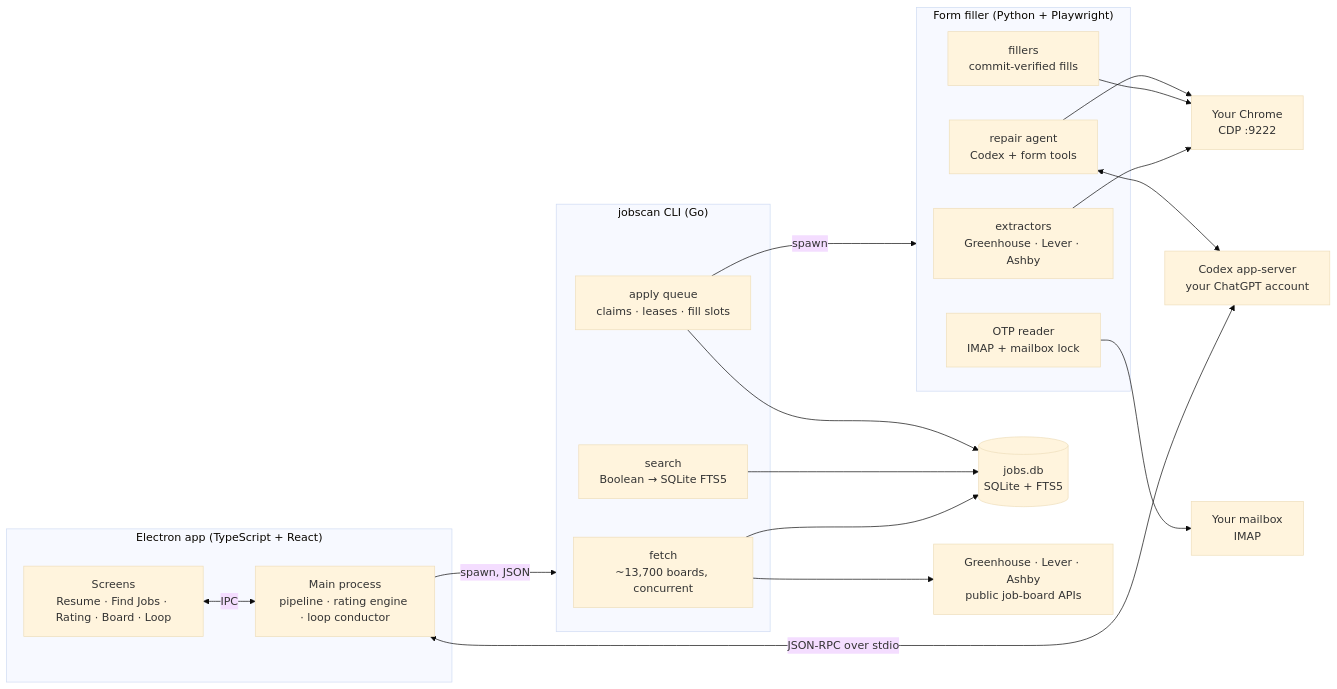
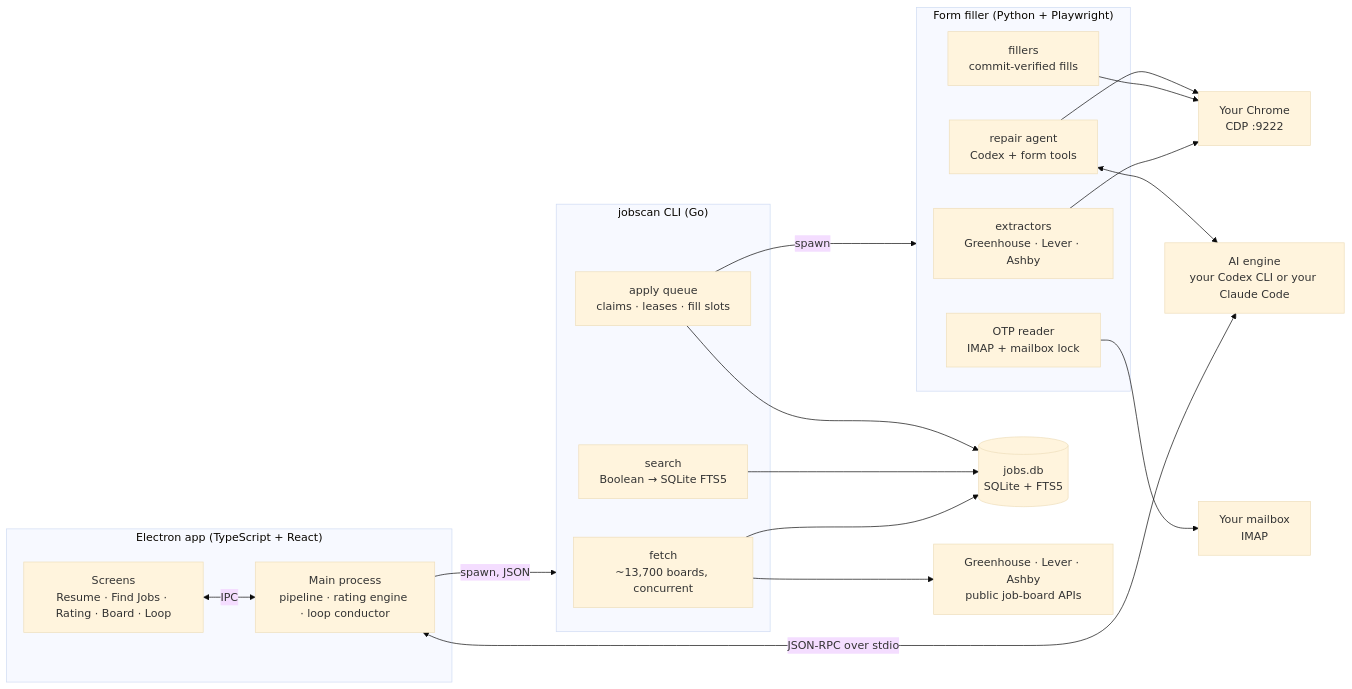
The first of 5 diagrams in README.md (tarunmovva/JobScanAI), drawn with Mermaid (base theme) before and after one commit. The commit also changed other lines of this file and 26 other files, not shown here.

````diff
--- a/README.md
+++ b/README.md
@@ -124,40 +127,40 @@
 ```mermaid
 flowchart LR
     subgraph Desktop["Electron app (TypeScript + React)"]
         UI["Screens<br/>Resume · Find Jobs · Rating · Board · Loop"]
         Main["Main process<br/>pipeline · rating engine · loop conductor"]
         UI <-->|IPC| Main
     end
 
     subgraph Go["jobscan CLI (Go)"]
         Fetch["fetch<br/>~13,700 boards, concurrent"]
         Search["search<br/>Boolean → SQLite FTS5"]
         Queue["apply queue<br/>claims · leases · fill slots"]
     end
 
     subgraph Py["Form filler (Python + Playwright)"]
         Extract["extractors<br/>Greenhouse · Lever · Ashby"]
         Fill["fillers<br/>commit-verified fills"]
         OTP["OTP reader<br/>IMAP + mailbox lock"]
         Repair["repair agent<br/>Codex + form tools"]
     end
 
     DB[("jobs.db<br/>SQLite + FTS5")]
-    Codex["Codex app-server<br/>your ChatGPT account"]
+    Codex["AI engine<br/>your Codex CLI or your Claude Code"]
     Chrome["Your Chrome<br/>CDP :9222"]
     Mail["Your mailbox<br/>IMAP"]
     Boards["Greenhouse · Lever · Ashby<br/>public job-board APIs"]
 
     Main -->|"spawn, JSON"| Go
     Main <-->|"JSON-RPC over stdio"| Codex
     Fetch --> Boards
     Fetch --> DB
     Search --> DB
     Queue --> DB
     Queue -->|spawn| Py
     Extract --> Chrome
     Fill --> Chrome
     Repair --> Chrome
     Repair <--> Codex
     OTP --> Mail
 ```
````
